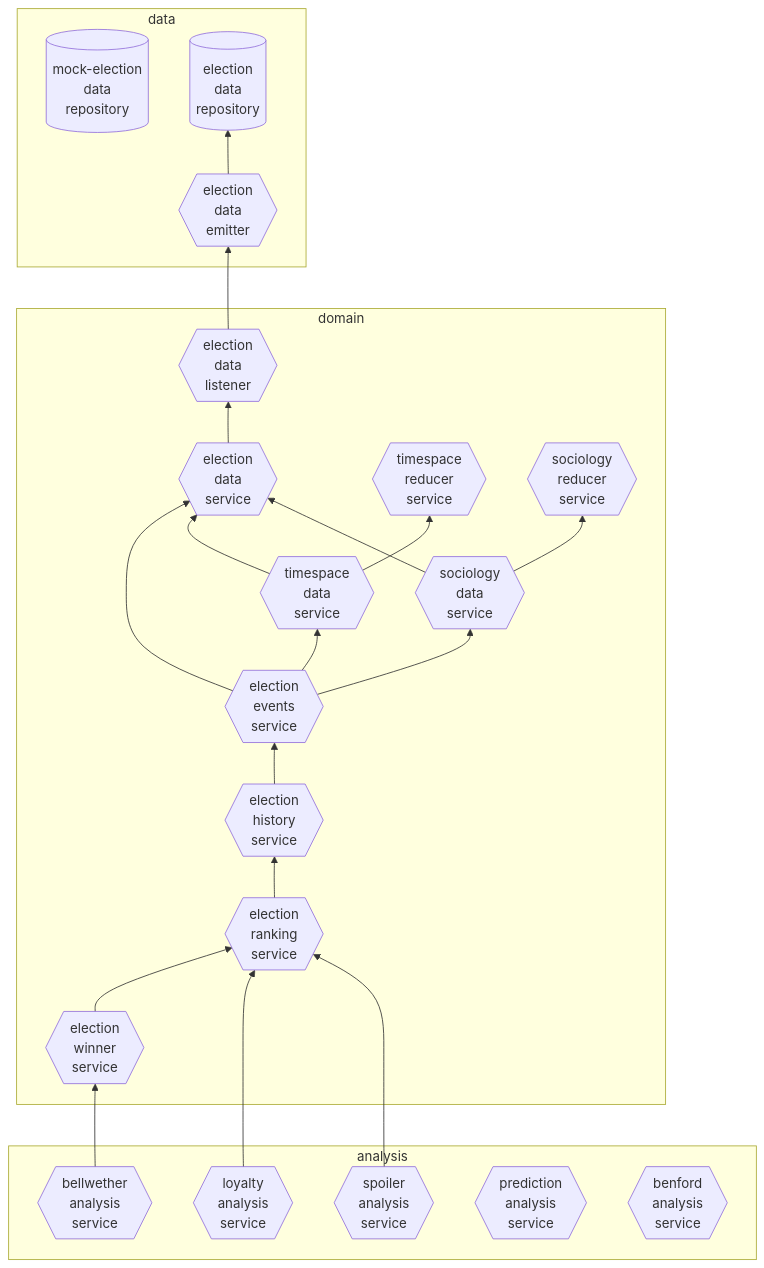
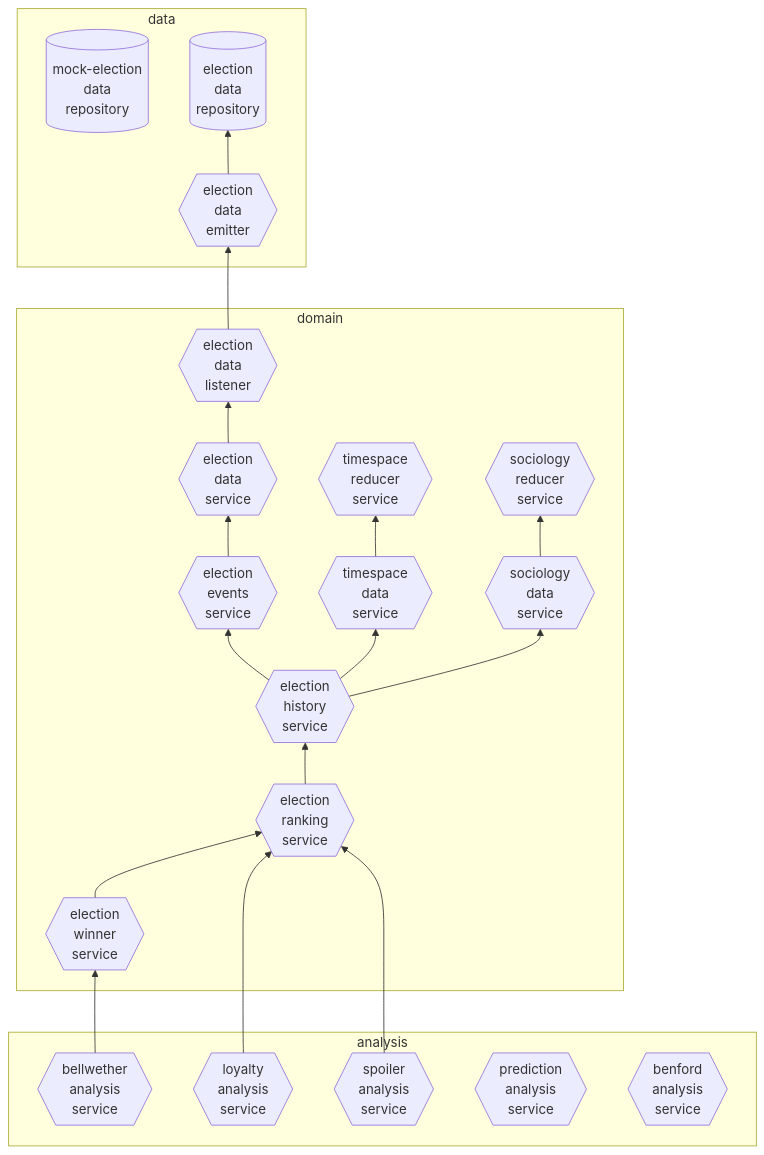
Before and after one commit to DrewStern/election-analysis: the diagram in docs/arch/input/flow_chart.mmd, drawn with Mermaid.

Commit message:
remove ElectionEventsService dependency on TimespaceDataService and SociologyDataService; instead now have ElectionHistoryService depend on all three of those services mentioned

````diff
--- a/docs/arch/input/flow_chart.mmd
+++ b/docs/arch/input/flow_chart.mmd
@@ -1,47 +1,45 @@
 ```mermaid
 graph BT
 
     subgraph analysis [analysis]
     BellwetherAnalysisService{{bellwether<br>analysis<br>service}}
     LoyaltyAnalysisService{{loyalty<br>analysis<br>service}}
     SpoilerAnalysisService{{spoiler<br>analysis<br>service}}
     PredictionAnalysisService{{prediction<br>analysis<br>service}}
     BenfordAnalysisService{{benford<br>analysis<br>service}}
     end
 
     subgraph domain [domain]
     ElectionDataListener{{election<br>data<br>listener}}
     ElectionDataService{{election<br>data<br>service}}
     ElectionEventsService{{election<br>events<br>service}}
     TimespaceDataService{{timespace<br>data<br>service}}
     SociologyDataService{{sociology<br>data<br>service}}
     TimespaceReducerService{{timespace<br>reducer<br>service}}
     SociologyReducerService{{sociology<br>reducer<br>service}}
     ElectionHistoryService{{election<br>history<br>service}}
     ElectionRankingService{{election<br>ranking<br>service}}
     ElectionWinnerService{{election<br>winner<br>service}}
     end
 
     subgraph data [data]
     MockElectionDataRepository[(mock-election<br>data<br>repository)]
     ElectionDataRepository[(election<br>data<br>repository)]
     ElectionDataEmitter{{election<br>data<br>emitter}}
     end
 
     ElectionDataEmitter --> ElectionDataRepository
     ElectionDataListener --> ElectionDataEmitter
     ElectionDataService --> ElectionDataListener
     ElectionEventsService --> ElectionDataService
-    ElectionEventsService --> TimespaceDataService
-    ElectionEventsService --> SociologyDataService
     ElectionHistoryService --> ElectionEventsService
+    ElectionHistoryService --> TimespaceDataService
+    ElectionHistoryService --> SociologyDataService
     ElectionRankingService --> ElectionHistoryService
-    TimespaceDataService --> ElectionDataService
     TimespaceDataService --> TimespaceReducerService
-    SociologyDataService --> ElectionDataService
     SociologyDataService --> SociologyReducerService
     ElectionWinnerService --> ElectionRankingService
     BellwetherAnalysisService --> ElectionWinnerService
     LoyaltyAnalysisService --> ElectionRankingService
     SpoilerAnalysisService --> ElectionRankingService
 ```
````
